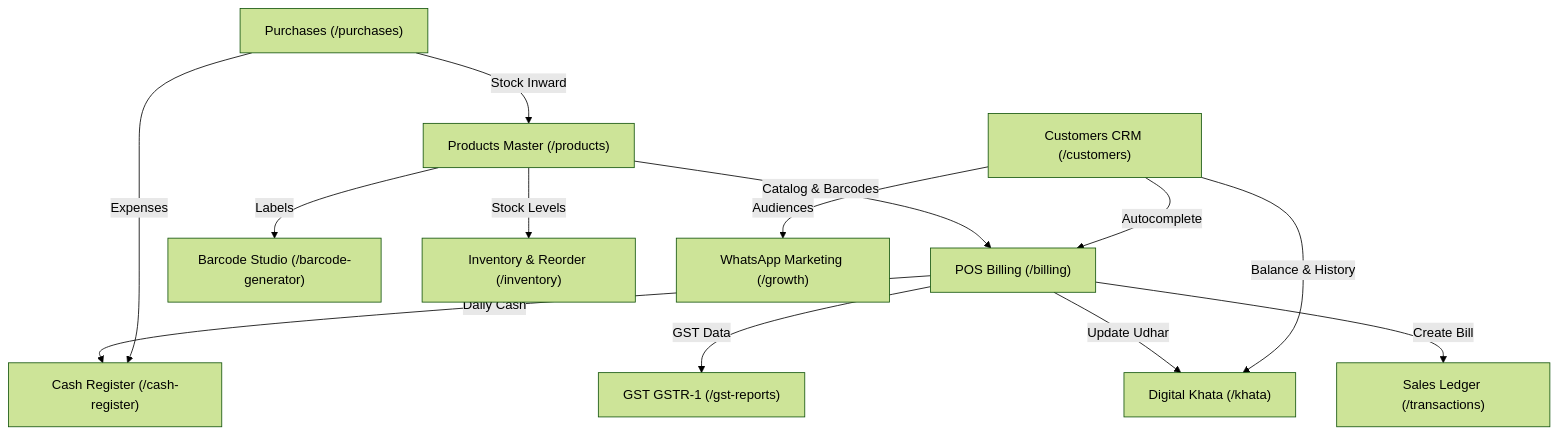
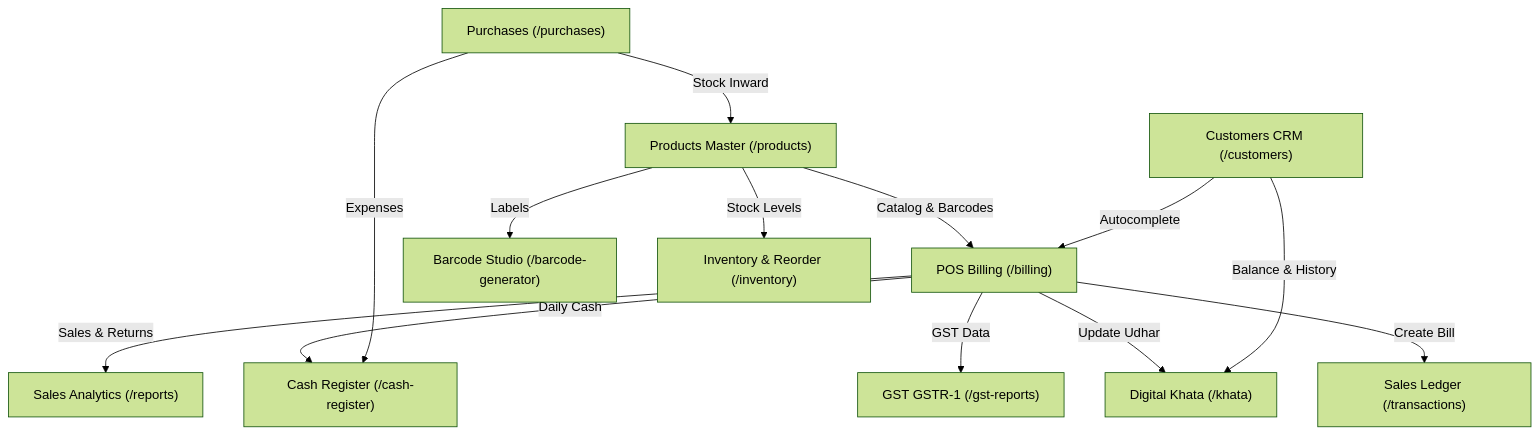
Before and after one commit to shubhsnp/kamaiPlus-desktop: the diagram in FEATURE_REGISTRY.md, drawn with Mermaid (forest theme). The commit also changed other lines of this file and 52 other files, not shown here.

````diff
--- a/FEATURE_REGISTRY.md
+++ b/FEATURE_REGISTRY.md
@@ -32,18 +34,18 @@
 ```mermaid
 graph TD
     Products["Products Master (/products)"] -->|Catalog & Barcodes| Billing["POS Billing (/billing)"]
     Products -->|Labels| BarcodeStudio["Barcode Studio (/barcode-generator)"]
     Products -->|Stock Levels| Inventory["Inventory & Reorder (/inventory)"]
     
     Billing -->|Create Bill| Transactions["Sales Ledger (/transactions)"]
     Billing -->|Update Udhar| Khata["Digital Khata (/khata)"]
     Billing -->|Daily Cash| CashRegister["Cash Register (/cash-register)"]
     Billing -->|GST Data| GstReports["GST GSTR-1 (/gst-reports)"]
     
     Customers["Customers CRM (/customers)"] -->|Autocomplete| Billing
     Customers -->|Balance & History| Khata
-    Customers -->|Audiences| Growth["WhatsApp Marketing (/growth)"]
+    Billing -->|Sales & Returns| Analytics["Sales Analytics (/reports)"]
     
     Purchases["Purchases (/purchases)"] -->|Stock Inward| Products
     Purchases -->|Expenses| CashRegister
 ```
````
